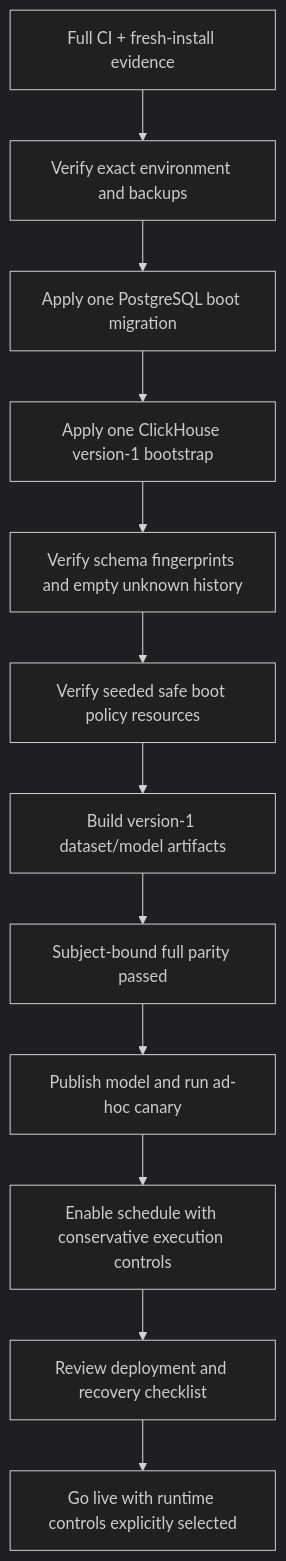
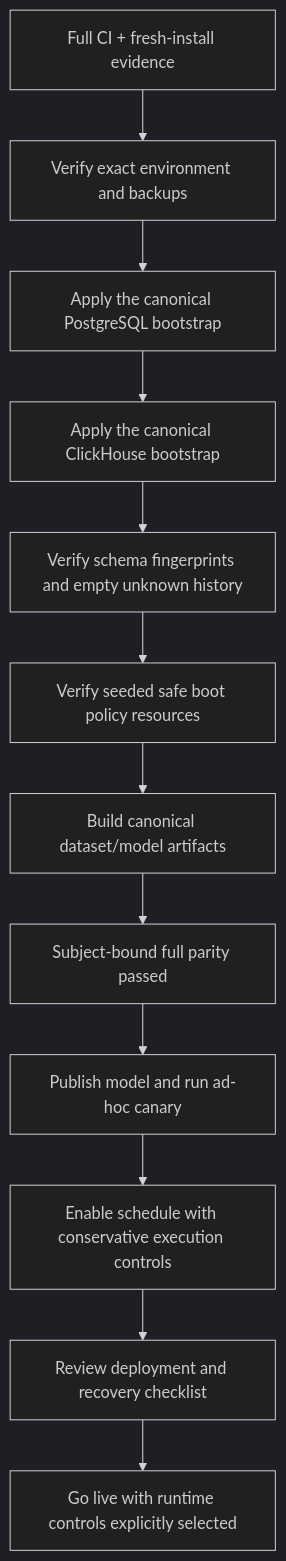
One commit to solomon-ssy/oxide-arb changed diagram 12 of 12 in docs/operations/architecture-and-design.md. Above: the diagram before and after it, drawn with Mermaid (dark theme). The commit also changed other lines of this file and 438 other files, not shown here.

````diff
--- a/docs/operations/architecture-and-design.md
+++ b/docs/operations/architecture-and-design.md
@@ -800,14 +803,14 @@
 ```mermaid
 flowchart TD
     A["Full CI + fresh-install evidence"] --> B["Verify exact environment and backups"]
-    B --> C["Apply one PostgreSQL boot migration"]
-    C --> D["Apply one ClickHouse version-1 bootstrap"]
+    B --> C["Apply the canonical PostgreSQL bootstrap"]
+    C --> D["Apply the canonical ClickHouse bootstrap"]
     D --> E["Verify schema fingerprints and empty unknown history"]
     E --> F["Verify seeded safe boot policy resources"]
-    F --> G["Build version-1 dataset/model artifacts"]
+    F --> G["Build canonical dataset/model artifacts"]
     G --> H["Subject-bound full parity passed"]
     H --> I["Publish model and run ad-hoc canary"]
     I --> J["Enable schedule with conservative execution controls"]
     J --> K["Review deployment and recovery checklist"]
     K --> L["Go live with runtime controls explicitly selected"]
 ```
````
